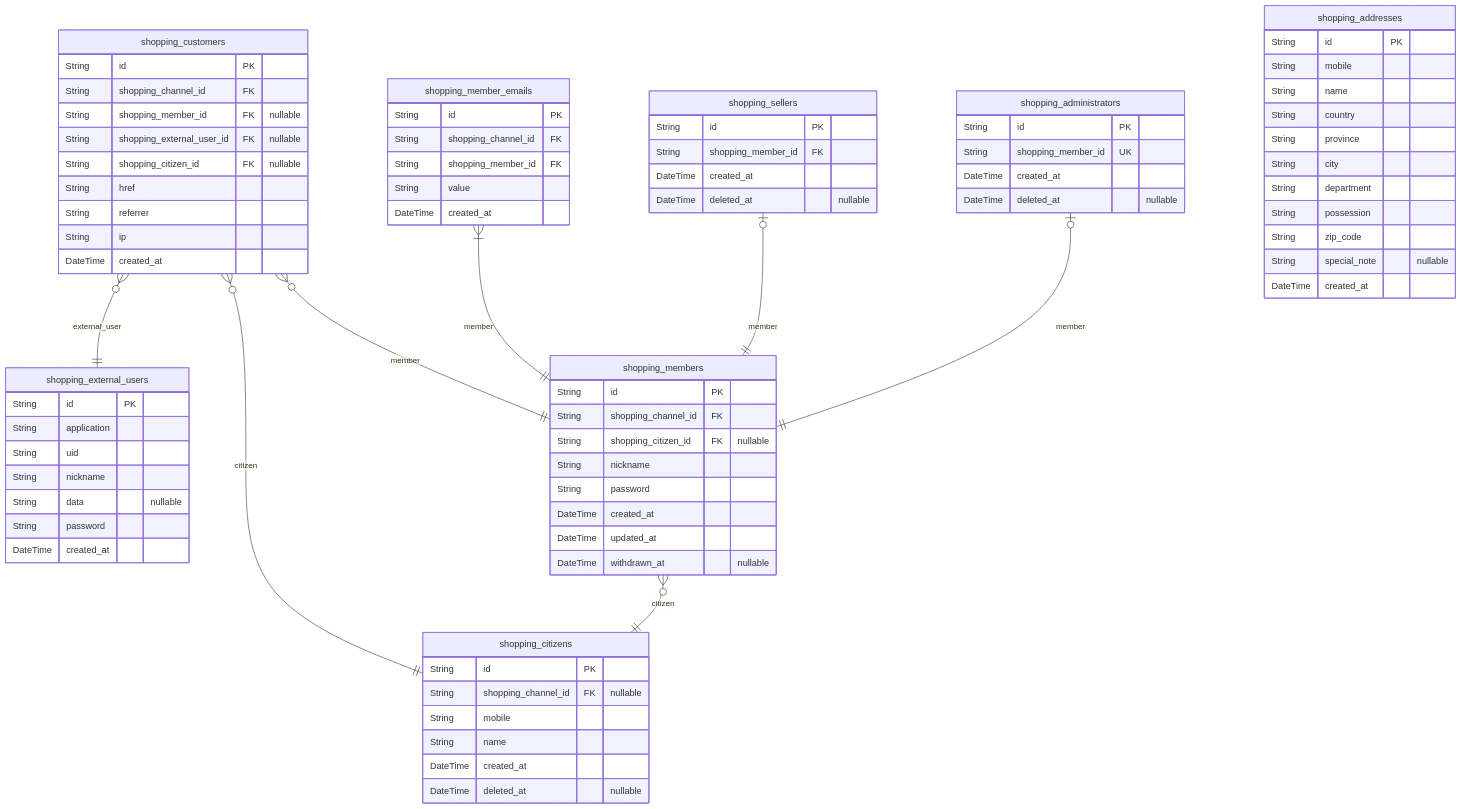
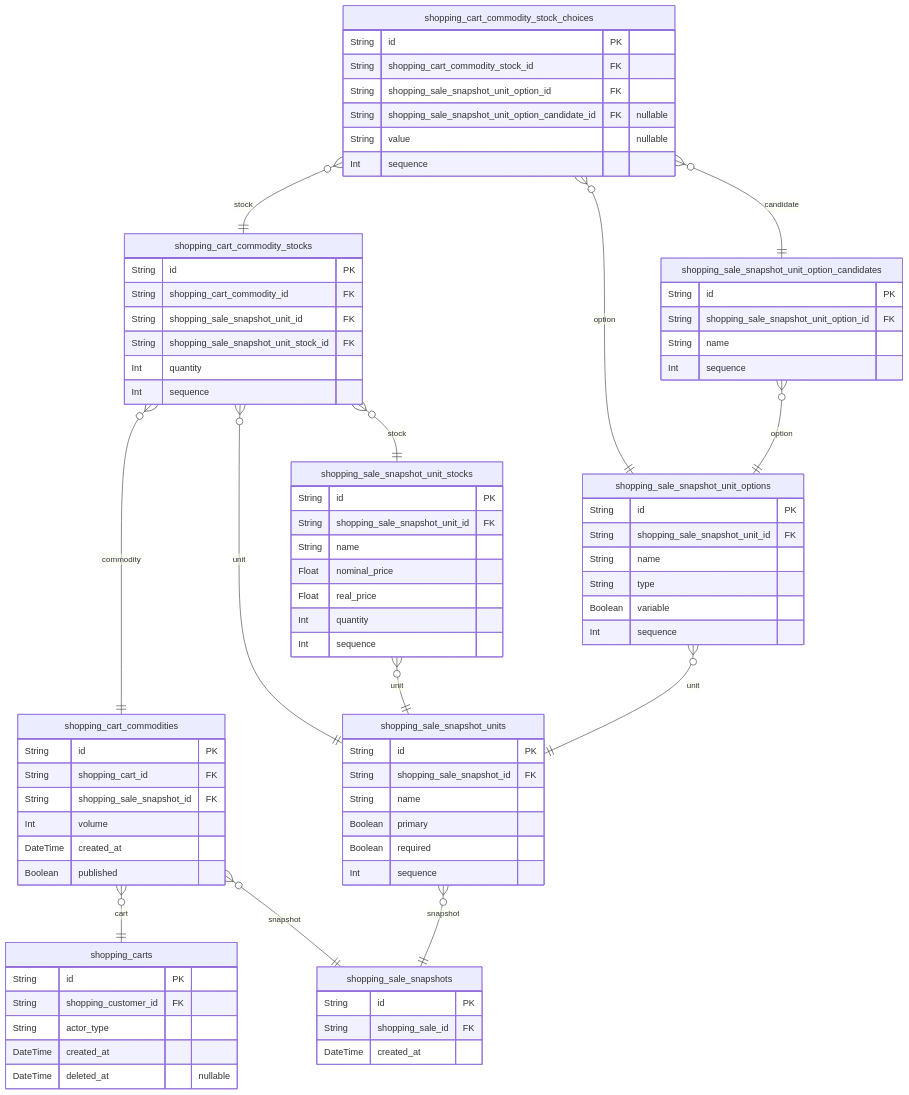
One commit to samchon/shopping-backend changed the fifth of 10 diagrams in docs/ERD.md. Above: the diagram before and after it, drawn with Mermaid. The commit also changed other lines of this file and 75 other files, not shown here.

````diff
--- a/docs/ERD.md
+++ b/docs/ERD.md
@@ -1075,80 +1191,82 @@
 ```mermaid
 erDiagram
-"shopping_customers" {
+"shopping_carts" {
     String id PK
-    String shopping_channel_id FK
-    String shopping_member_id FK "nullable"
-    String shopping_external_user_id FK "nullable"
-    String shopping_citizen_id FK "nullable"
-    String href
-    String referrer
-    String ip
-    DateTime created_at
-}
-"shopping_external_users" {
-    String id PK
-    String application
-    String uid
-    String nickname
-    String data "nullable"
-    String password
-    DateTime created_at
-}
-"shopping_citizens" {
-    String id PK
-    String shopping_channel_id FK "nullable"
-    String mobile
-    String name
+    String shopping_customer_id FK
+    String actor_type
     DateTime created_at
     DateTime deleted_at "nullable"
 }
-"shopping_members" {
+"shopping_cart_commodities" {
     String id PK
-    String shopping_channel_id FK
-    String shopping_citizen_id FK "nullable"
-    String nickname
-    String password
+    String shopping_cart_id FK
+    String shopping_sale_snapshot_id FK
+    Int volume
     DateTime created_at
-    DateTime updated_at
-    DateTime withdrawn_at "nullable"
+    Boolean published
 }
-"shopping_member_emails" {
+"shopping_cart_commodity_stocks" {
     String id PK
-    String shopping_channel_id FK
-    String shopping_member_id FK
-    String value
+    String shopping_cart_commodity_id FK
+    String shopping_sale_snapshot_unit_id FK
+    String shopping_sale_snapshot_unit_stock_id FK
+    Int quantity
+    Int sequence
+}
+"shopping_cart_commodity_stock_choices" {
+    String id PK
+    String shopping_cart_commodity_stock_id FK
+    String shopping_sale_snapshot_unit_option_id FK
+    String shopping_sale_snapshot_unit_option_candidate_id FK "nullable"
+    String value "nullable"
+    Int sequence
+}
+"shopping_sale_snapshots" {
+    String id PK
+    String shopping_sale_id FK
     DateTime created_at
 }
-"shopping_sellers" {
+"shopping_sale_snapshot_units" {
     String id PK
-    String shopping_member_id FK
-    DateTime created_at
-    DateTime deleted_at "nullable"
+    String shopping_sale_snapshot_id FK
+    String name
+    Boolean primary
+    Boolean required
+    Int sequence
 }
-"shopping_administrators" {
+"shopping_sale_snapshot_unit_options" {
     String id PK
-    String shopping_member_id UK
-    DateTime created_at
-    DateTime deleted_at "nullable"
+    String shopping_sale_snapshot_unit_id FK
+    String name
+    String type
+    Boolean variable
+    Int sequence
 }
-"shopping_addresses" {
+"shopping_sale_snapshot_unit_option_candidates" {
     String id PK
-    String mobile
+    String shopping_sale_snapshot_unit_option_id FK
     String name
-    String country
-    String province
-    String city
-    String department
-    String possession
-    String zip_code
-    String special_note "nullable"
-    DateTime created_at
+    Int sequence
 }
-"shopping_customers" }o--|| "shopping_members" : member
-"shopping_customers" }o--|| "shopping_external_users" : external_user
-"shopping_customers" }o--|| "shopping_citizens" : citizen
-"shopping_members" }o--|| "shopping_citizens" : citizen
-"shopping_member_emails" }|--|| "shopping_members" : member
-"shopping_sellers" |o--|| "shopping_members" : member
-"shopping_administrators" |o--|| "shopping_members" : member
+"shopping_sale_snapshot_unit_stocks" {
+    String id PK
+    String shopping_sale_snapshot_unit_id FK
+    String name
+    Float nominal_price
+    Float real_price
+    Int quantity
+    Int sequence
+}
+"shopping_cart_commodities" }o--|| "shopping_carts" : cart
+"shopping_cart_commodities" }o--|| "shopping_sale_snapshots" : snapshot
+"shopping_cart_commodity_stocks" }o--|| "shopping_cart_commodities" : commodity
+"shopping_cart_commodity_stocks" }o--|| "shopping_sale_snapshot_units" : unit
+"shopping_cart_commodity_stocks" }o--|| "shopping_sale_snapshot_unit_stocks" : stock
+"shopping_cart_commodity_stock_choices" }o--|| "shopping_cart_commodity_stocks" : stock
+"shopping_cart_commodity_stock_choices" }o--|| "shopping_sale_snapshot_unit_options" : option
+"shopping_cart_commodity_stock_choices" }o--|| "shopping_sale_snapshot_unit_option_candidates" : candidate
+"shopping_sale_snapshot_units" }o--|| "shopping_sale_snapshots" : snapshot
+"shopping_sale_snapshot_unit_options" }o--|| "shopping_sale_snapshot_units" : unit
+"shopping_sale_snapshot_unit_option_candidates" }o--|| "shopping_sale_snapshot_unit_options" : option
+"shopping_sale_snapshot_unit_stocks" }o--|| "shopping_sale_snapshot_units" : unit
 ```
````
